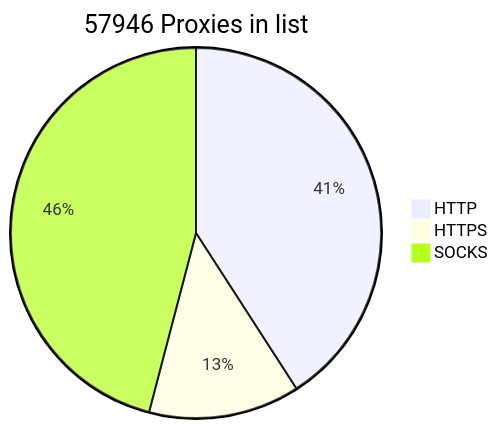
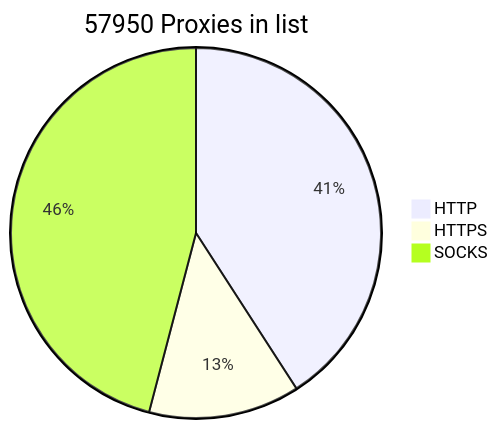
The diagram in README.md (BlackSnowDot/proxylist-update-every-minute), drawn with Mermaid before and after one commit.

````diff
--- a/README.md
+++ b/README.md
@@ -2,6 +2,6 @@
 ```mermaid
-pie title 57946 Proxies in list
+pie title 57950 Proxies in list
     "HTTP" : 26672
-    "HTTPS": 8616
-    "SOCKS" : 29961
+    "HTTPS": 8618
+    "SOCKS" : 29963
 ```
````
